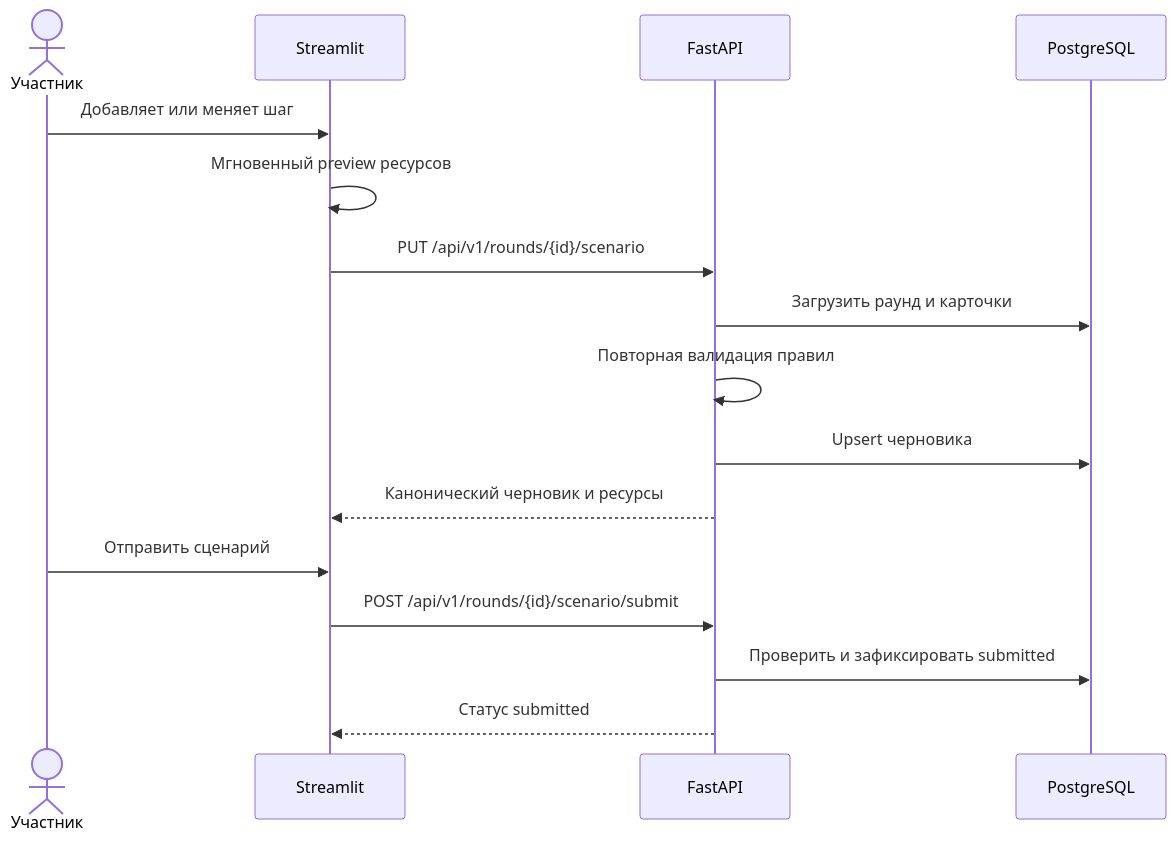
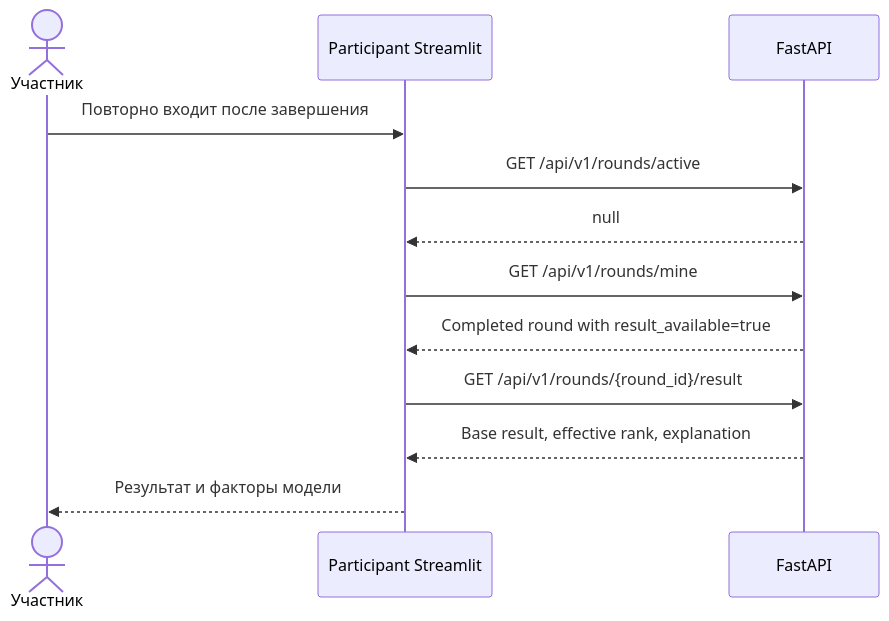
One commit to BigZet/AMLautosim changed the third of 5 diagrams in docs/api.md. Above: the diagram before and after it, drawn with Mermaid. The commit also changed other lines of this file and 14 other files, not shown here.

````diff
--- a/docs/api.md
+++ b/docs/api.md
@@ -250,19 +472,15 @@
 ```mermaid
 sequenceDiagram
     actor U as Участник
-    participant S as Streamlit
+    participant S as Participant Streamlit
     participant A as FastAPI
-    participant P as PostgreSQL
 
-    U->>S: Добавляет или меняет шаг
-    S->>S: Мгновенный preview ресурсов
-    S->>A: PUT /api/v1/rounds/{id}/scenario
-    A->>P: Загрузить раунд и карточки
-    A->>A: Повторная валидация правил
-    A->>P: Upsert черновика
-    A-->>S: Канонический черновик и ресурсы
-    U->>S: Отправить сценарий
-    S->>A: POST /api/v1/rounds/{id}/scenario/submit
-    A->>P: Проверить и зафиксировать submitted
-    A-->>S: Статус submitted
+    U->>S: Повторно входит после завершения
+    S->>A: GET /api/v1/rounds/active
+    A-->>S: null
+    S->>A: GET /api/v1/rounds/mine
+    A-->>S: Completed round with result_available=true
+    S->>A: GET /api/v1/rounds/{round_id}/result
+    A-->>S: Base result, effective rank, explanation
+    S-->>U: Результат и факторы модели
 ```
````
